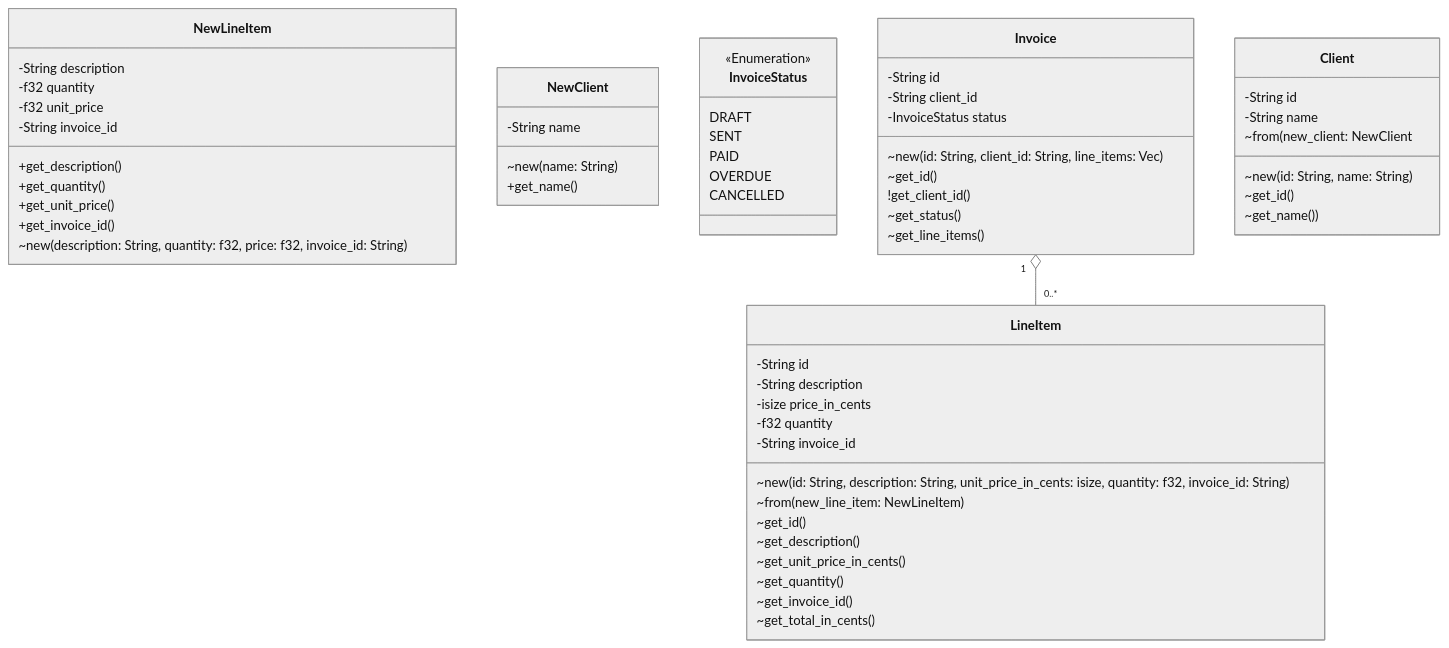
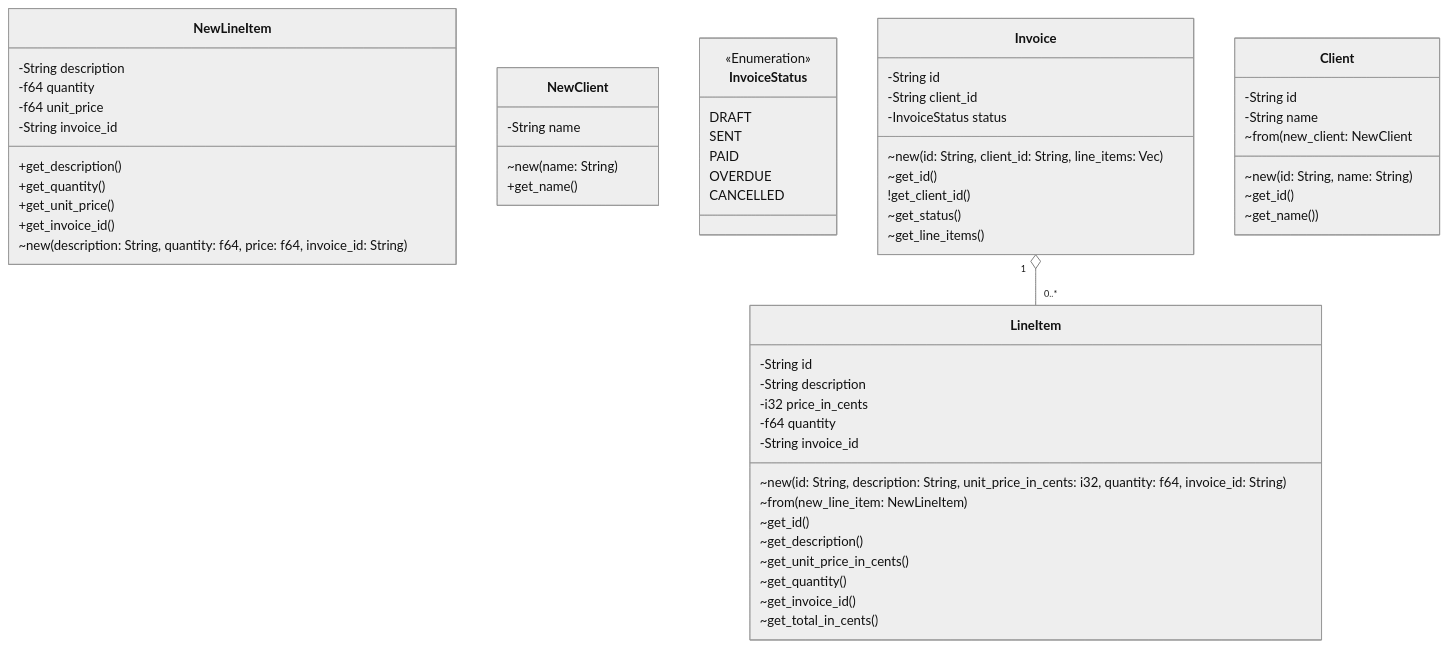
The diagram in src/model/README.md (imcnaugh/finance_tracker), drawn with Mermaid (neutral theme) before and after one commit. The commit also changed 6 other files, not shown here.

````diff
--- a/src/model/README.md
+++ b/src/model/README.md
@@ -3,75 +3,75 @@
 ```mermaid
 classDiagram
     
     class NewLineItem{
         -String description
-        -f32 quantity
-        -f32 unit_price
+        -f64 quantity
+        -f64 unit_price
         -String invoice_id
         
         +get_description()
         +get_quantity()
         +get_unit_price()
         +get_invoice_id()
 
-        ~new(description: String, quantity: f32, price: f32, invoice_id: String)
+        ~new(description: String, quantity: f64, price: f64, invoice_id: String)
     }
     
     class NewClient{
         -String name
         
         ~new(name: String)
         +get_name()
     }
     
     class LineItem{
         -String id
         -String description
-        -isize price_in_cents
-        -f32 quantity
+        -i32 price_in_cents
+        -f64 quantity
         -String invoice_id 
         
-        ~new(id: String, description: String, unit_price_in_cents: isize, quantity: f32, invoice_id: String)
+        ~new(id: String, description: String, unit_price_in_cents: i32, quantity: f64, invoice_id: String)
         ~from(new_line_item: NewLineItem)
         ~get_id()
         ~get_description()
         ~get_unit_price_in_cents()
         ~get_quantity()
         ~get_invoice_id()
 
         ~get_total_in_cents()
     }
 
     
     class InvoiceStatus
     <<Enumeration>> InvoiceStatus
     InvoiceStatus : DRAFT
     InvoiceStatus : SENT
     InvoiceStatus : PAID
     InvoiceStatus : OVERDUE
     InvoiceStatus : CANCELLED
     
     class Invoice {
         -String id
         -String client_id
         -InvoiceStatus status
         
         ~new(id: String, client_id: String, line_items: Vec<LineItem>)
         ~get_id()
         !get_client_id()
         ~get_status()
         ~get_line_items()
     }
     
     class Client {
         -String id
         -String name
 
         ~from(new_client: NewClient
         ~new(id: String, name: String)
         ~get_id()
         ~get_name())
     }
     
     Invoice "1" o-- "0..*" LineItem
 ```
````
